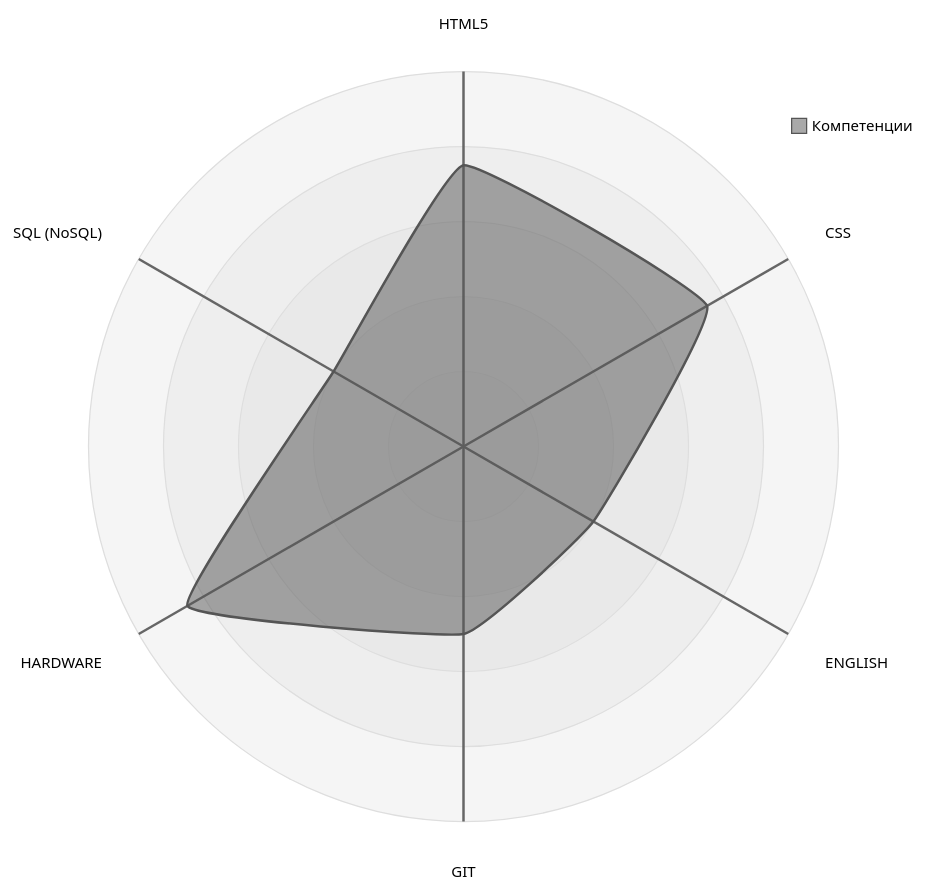
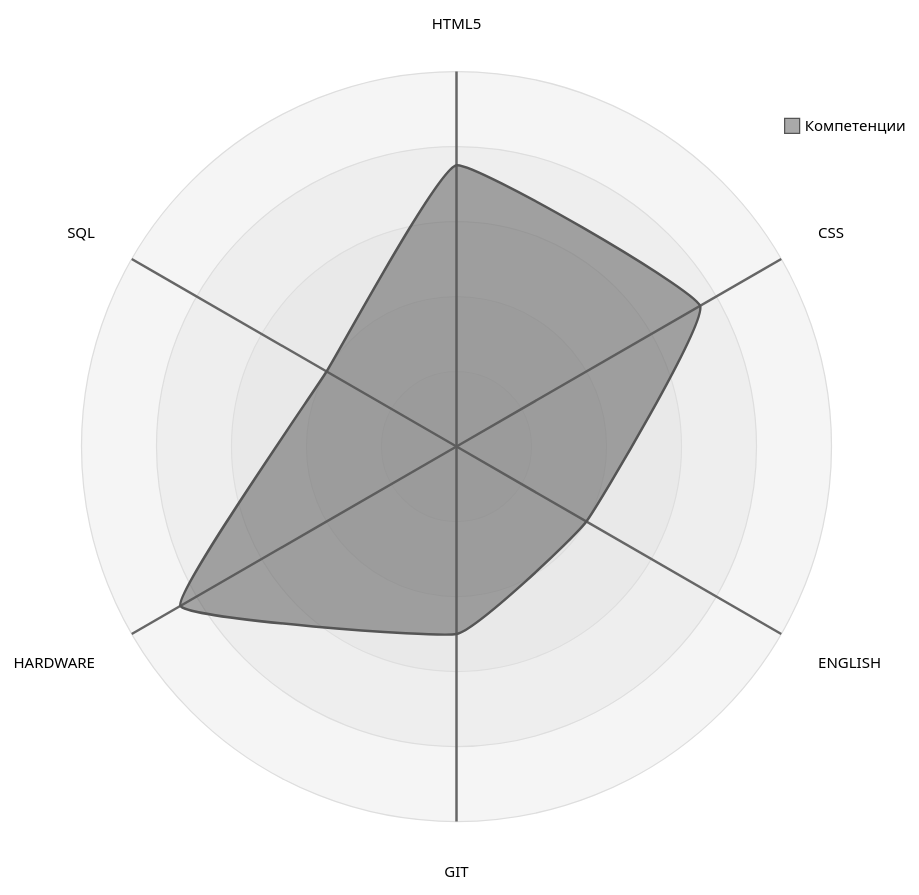
Before and after one commit to alexkoykov/alexkoykov: the diagram in README.md, drawn with Mermaid (neutral theme).

Commit message:
feat: add diagram

````diff
--- a/README.md
+++ b/README.md
@@ -25,21 +25,16 @@
 ```mermaid
----
 ---
 config:
   radar:
     axisScaleFactor: 1
     axisLabelFactor: 1.1
     curveTension: 0.05
-    margin-top: 100
-    margin-bottom: 100
-    margin-left: 100
-    margin-right: 100
 ---
 radar-beta
   axis m["HTML5"], s["CSS"], e["ENGLISH"]
-  axis h["GIT"], g["HARDWARE"], a["SQL (NoSQL)"]
+  axis h["GIT"], g["HARDWARE"], a["SQL"]
   curve b["Компетенции"]{75, 75, 40, 50, 85, 40}
 
   max 100
   min 0
 ```
````
